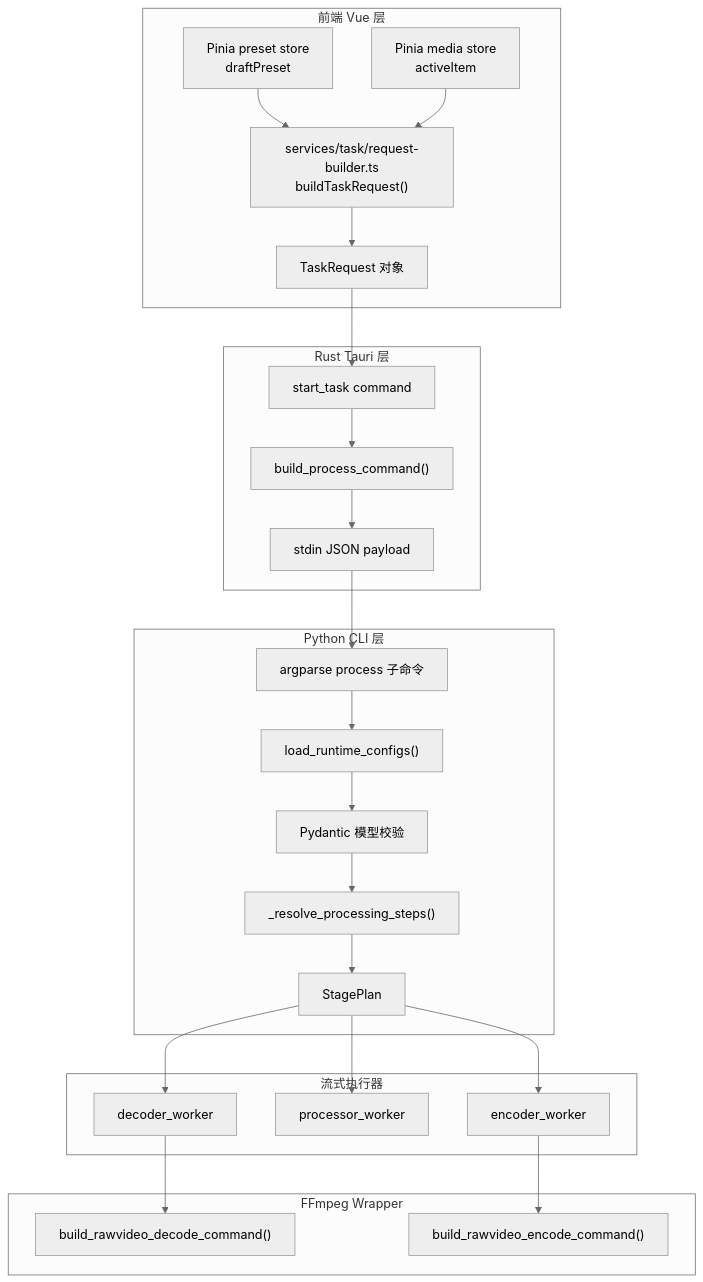
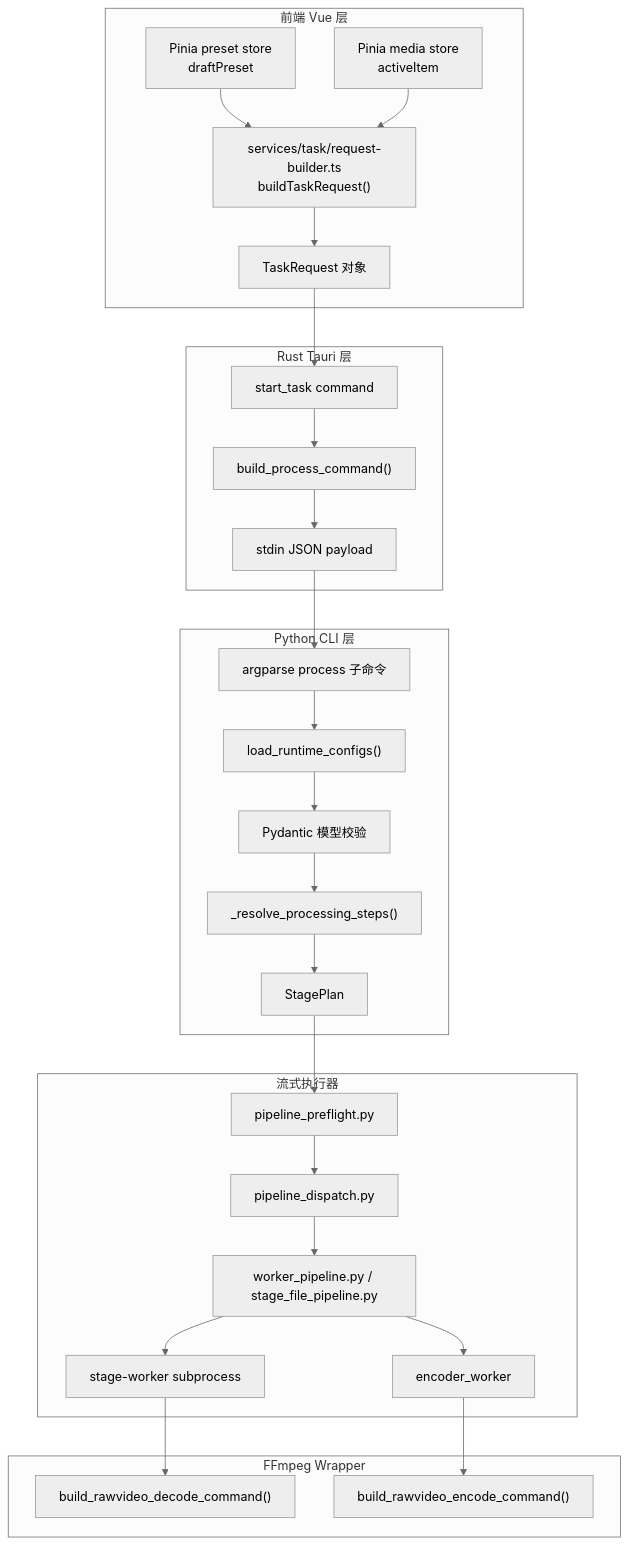
One commit to youge325/vp changed the first of 4 diagrams in docs/06-data-flow.md. Above: the diagram before and after it, drawn with Mermaid (neutral theme). The commit also changed 8 other files, not shown here.

````diff
--- a/docs/06-data-flow.md
+++ b/docs/06-data-flow.md
@@ -7,51 +7,55 @@
 ```mermaid
 graph TD
     subgraph FE["前端 Vue 层"]
         F1["Pinia preset store<br/>draftPreset"]
         F2["Pinia media store<br/>activeItem"]
         F3["services/task/request-builder.ts<br/>buildTaskRequest()"]
         F4["TaskRequest 对象"]
     end
 
     subgraph RS["Rust Tauri 层"]
         R1["start_task command"]
         R2["build_process_command()"]
         R3["stdin JSON payload"]
     end
 
     subgraph PY["Python CLI 层"]
         P1["argparse process 子命令"]
         P2["load_runtime_configs()"]
         P3["Pydantic 模型校验"]
         P4["_resolve_processing_steps()"]
         P5["StagePlan"]
     end
 
     subgraph EX["流式执行器"]
-        E1["decoder_worker"]
-        E2["processor_worker"]
-        E3["encoder_worker"]
+        E1["pipeline_preflight.py"]
+        E2["pipeline_dispatch.py"]
+        E3["worker_pipeline.py / stage_file_pipeline.py"]
+        E4["stage-worker subprocess"]
+        E5["encoder_worker"]
     end
 
     subgraph FF["FFmpeg Wrapper"]
         FFD["build_rawvideo_decode_command()"]
         FFE["build_rawvideo_encode_command()"]
     end
 
     F1 --> F3
     F2 --> F3
     F3 --> F4
     F4 --> R1
     R1 --> R2
     R2 --> R3
     R3 --> P1
     P1 --> P2
     P2 --> P3
     P3 --> P4
     P4 --> P5
     P5 --> E1
-    P5 --> E2
-    P5 --> E3
-    E1 --> FFD
-    E3 --> FFE
+    E1 --> E2
+    E2 --> E3
+    E3 --> E4
+    E3 --> E5
+    E4 --> FFD
+    E5 --> FFE
 ```
````
